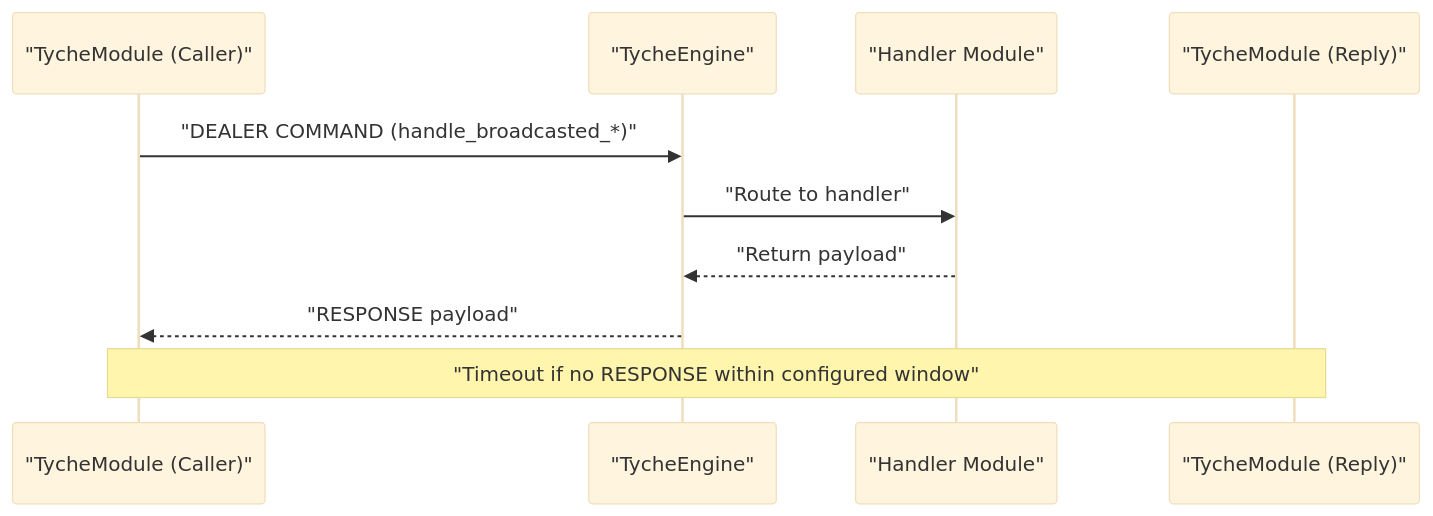
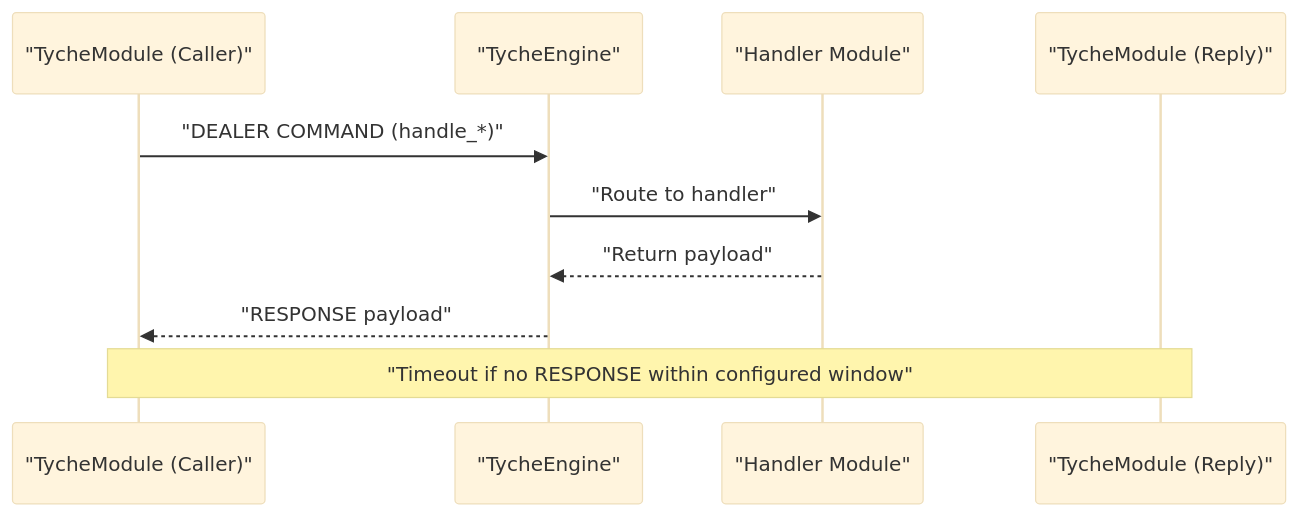
Before and after one commit to zt281/TycheEngine: the fourth of 8 diagrams in .qoder/repowiki/en/content/Communication Patterns/Communication Patterns.md, drawn with Mermaid (base theme). The commit also changed other lines of this file and 34 other files, not shown here.

````diff
--- a/.qoder/repowiki/en/content/Communication Patterns/Communication Patterns.md
+++ b/.qoder/repowiki/en/content/Communication Patterns/Communication Patterns.md
@@ -225,12 +241,12 @@
 ```mermaid
 sequenceDiagram
 participant Caller as "TycheModule (Caller)"
 participant Eng as "TycheEngine"
 participant Handler as "Handler Module"
 participant Reply as "TycheModule (Reply)"
-Caller->>Eng : "DEALER COMMAND (handle_broadcasted_*)"
+Caller->>Eng : "DEALER COMMAND (handle_*)"
 Eng->>Handler : "Route to handler"
 Handler-->>Eng : "Return payload"
 Eng-->>Caller : "RESPONSE payload"
 Note over Caller,Reply : "Timeout if no RESPONSE within configured window"
 ```
````
